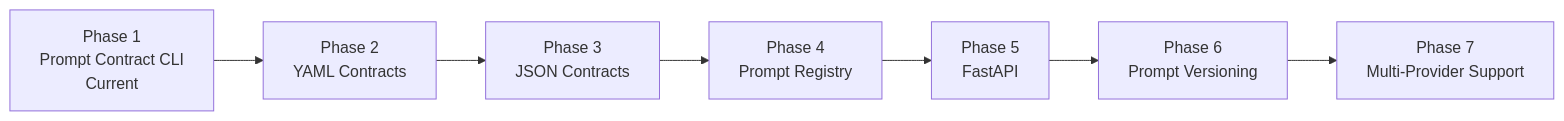
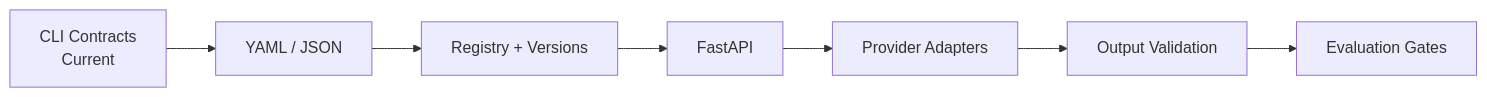
One commit to mzaid-dev/Bro_to_FAANG-exe changed the third of 3 diagrams in 1_Bro_Became_AI_Engineer/01_Daily_Learning/Week_01/02_Prompt_Contracts/Project/prompt-contract-lab/README.md. Above: the diagram before and after it, drawn with Mermaid. The commit also changed other lines of this file and 1 other file, not shown here.

Commit message:
docs(prompt-contract-lab): polish README and project documentation

````diff
--- a/1_Bro_Became_AI_Engineer/01_Daily_Learning/Week_01/02_Prompt_Contracts/Project/prompt-contract-lab/README.md
+++ b/1_Bro_Became_AI_Engineer/01_Daily_Learning/Week_01/02_Prompt_Contracts/Project/prompt-contract-lab/README.md
@@ -844,12 +301,9 @@
 ```mermaid
 flowchart LR
-    P1["Phase 1<br/>Prompt Contract CLI<br/>Current"]
-    P2["Phase 2<br/>YAML Contracts"]
-    P3["Phase 3<br/>JSON Contracts"]
-    P4["Phase 4<br/>Prompt Registry"]
-    P5["Phase 5<br/>FastAPI"]
-    P6["Phase 6<br/>Prompt Versioning"]
-    P7["Phase 7<br/>Multi-Provider Support"]
-
-    P1 --> P2 --> P3 --> P4 --> P5 --> P6 --> P7
+    P1["CLI Contracts<br/>Current"] --> P2["YAML / JSON"]
+    P2 --> P3["Registry + Versions"]
+    P3 --> P4["FastAPI"]
+    P4 --> P5["Provider Adapters"]
+    P5 --> P6["Output Validation"]
+    P6 --> P7["Evaluation Gates"]
 ```
````
